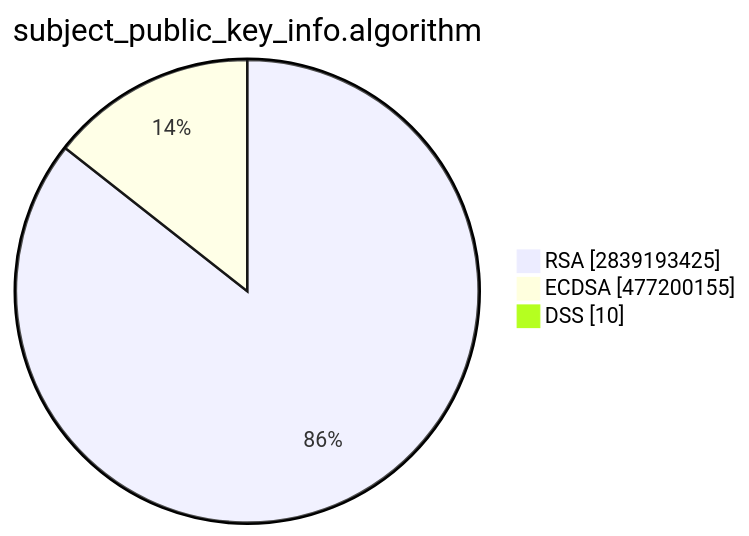
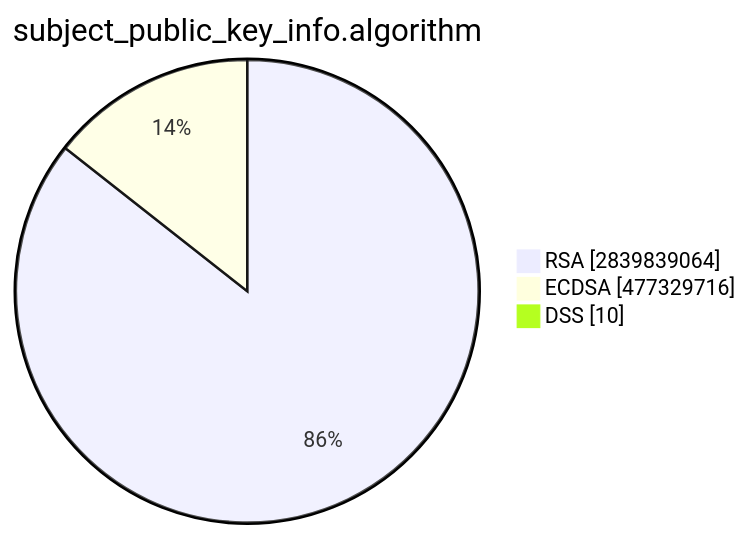
One commit to christiankrug/ctmonitor_visualization changed the second of 15 diagrams in TOTAL/README.md. Above: the diagram before and after it, drawn with Mermaid. The commit also changed other lines of this file, not shown here.

````diff
--- a/TOTAL/README.md
+++ b/TOTAL/README.md
@@ -6,7 +6,7 @@
 ```mermaid
 pie showData
 title subject_public_key_info.algorithm
-"RSA" :2839193425
-"ECDSA" :477200155
+"RSA" :2839839064
+"ECDSA" :477329716
 "DSS" :10
 ```
````
